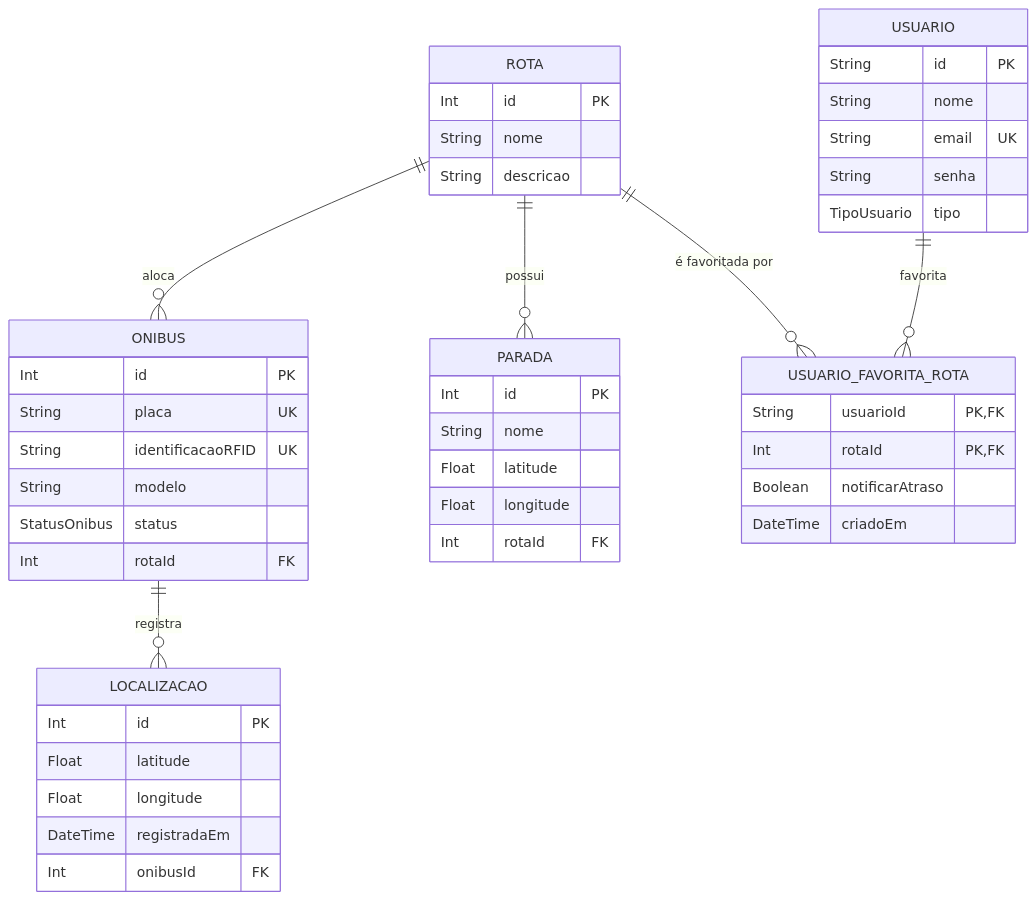
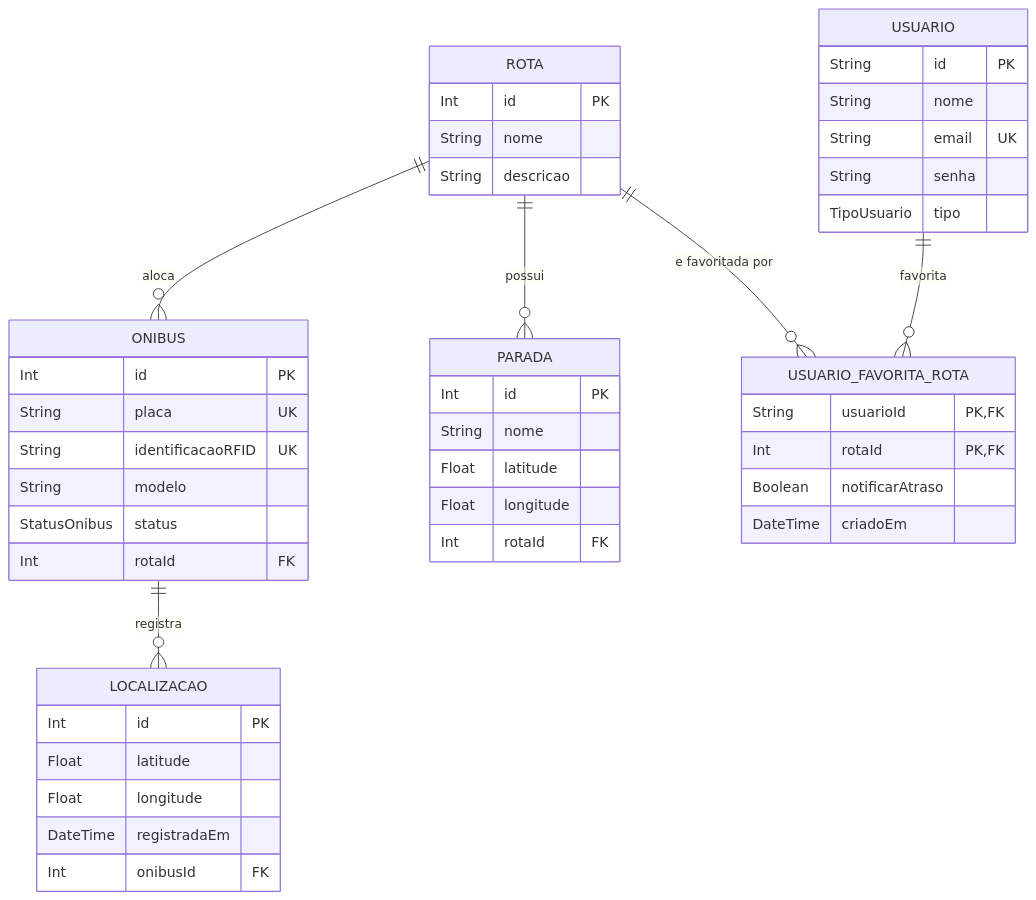
The diagram in docs/modelo-de-dados.md (eduardoavv/SeuOnibus-SuaRota), drawn with Mermaid before and after one commit. The commit also changed other lines of this file and 1 other file, not shown here.

````diff
--- a/docs/modelo-de-dados.md
+++ b/docs/modelo-de-dados.md
@@ -7,49 +7,49 @@
 ```mermaid
 erDiagram
   ROTA ||--o{ ONIBUS : "aloca"
   ROTA ||--o{ PARADA : "possui"
   ONIBUS ||--o{ LOCALIZACAO : "registra"
   USUARIO ||--o{ USUARIO_FAVORITA_ROTA : "favorita"
-  ROTA ||--o{ USUARIO_FAVORITA_ROTA : "é favoritada por"
+  ROTA ||--o{ USUARIO_FAVORITA_ROTA : "e favoritada por"
 
   ROTA {
     Int id PK
     String nome
     String descricao
   }
   ONIBUS {
     Int id PK
     String placa UK
     String identificacaoRFID UK
     String modelo
     StatusOnibus status
     Int rotaId FK
   }
   PARADA {
     Int id PK
     String nome
     Float latitude
     Float longitude
     Int rotaId FK
   }
   LOCALIZACAO {
     Int id PK
     Float latitude
     Float longitude
     DateTime registradaEm
     Int onibusId FK
   }
   USUARIO {
     String id PK
     String nome
     String email UK
     String senha
     TipoUsuario tipo
   }
   USUARIO_FAVORITA_ROTA {
     String usuarioId PK, FK
     Int rotaId PK, FK
     Boolean notificarAtraso
     DateTime criadoEm
   }
 ```
````
